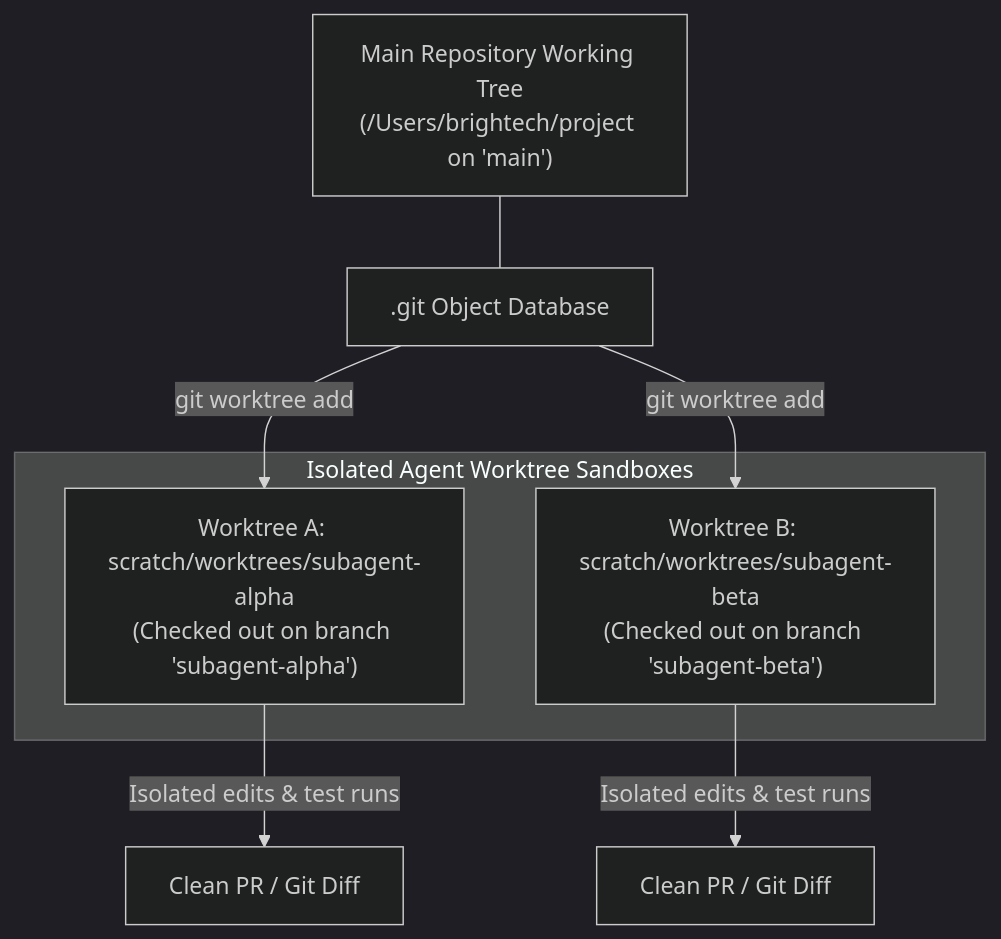
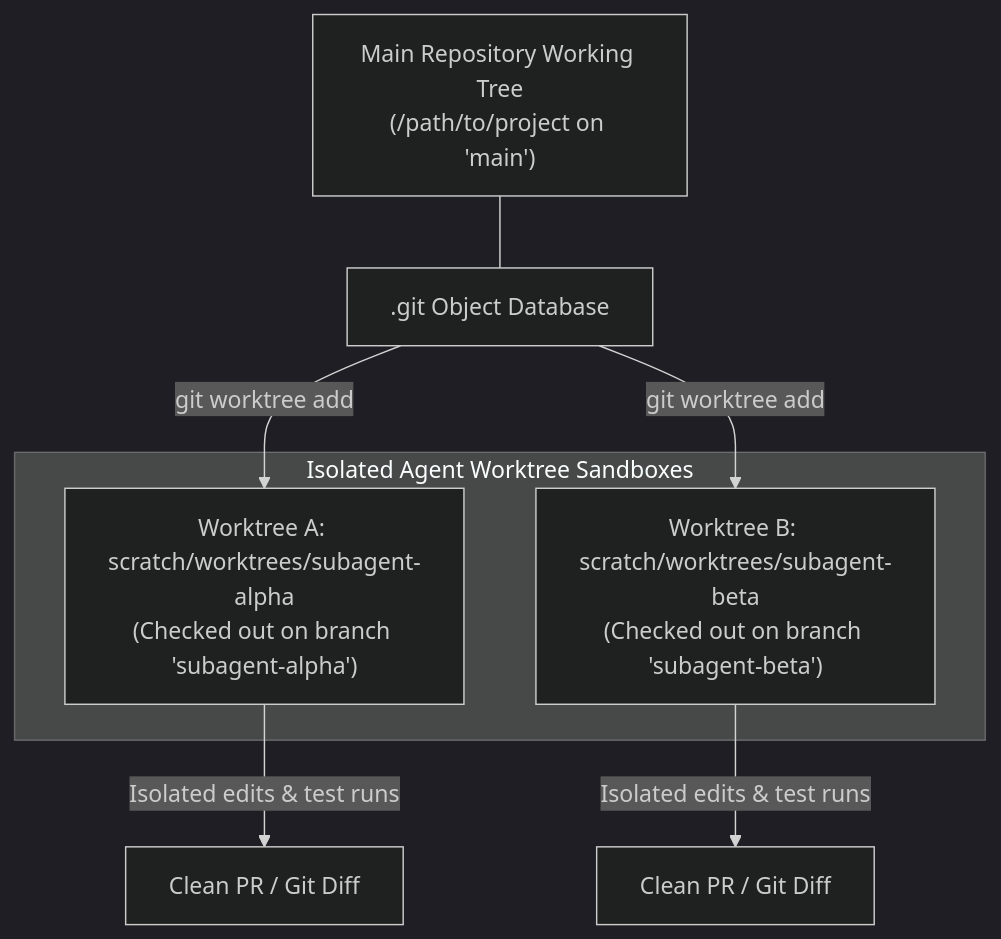
Before and after one commit to knarayanareddy/Harness-Zero: the diagram in docs/05_EXECUTION_SANDBOX_AND_GIT_WORKTREES.md, drawn with Mermaid (dark theme). The commit also changed 23 other files, not shown here.

````diff
--- a/docs/05_EXECUTION_SANDBOX_AND_GIT_WORKTREES.md
+++ b/docs/05_EXECUTION_SANDBOX_AND_GIT_WORKTREES.md
@@ -15,17 +15,17 @@
 ```mermaid
 flowchart TD
-    MAIN_REPO["Main Repository Working Tree<br/>(/Users/brightech/project on 'main')"]
+    MAIN_REPO["Main Repository Working Tree<br/>(/path/to/project on 'main')"]
     GIT_DB[".git Object Database"]
 
     subgraph Worktrees ["Isolated Agent Worktree Sandboxes"]
         WT_A["Worktree A: scratch/worktrees/subagent-alpha<br/>(Checked out on branch 'subagent-alpha')"]
         WT_B["Worktree B: scratch/worktrees/subagent-beta<br/>(Checked out on branch 'subagent-beta')"]
     end
 
     MAIN_REPO --- GIT_DB
     GIT_DB -->|git worktree add| WT_A
     GIT_DB -->|git worktree add| WT_B
 
     WT_A -->|Isolated edits & test runs| DIFF_A["Clean PR / Git Diff"]
     WT_B -->|Isolated edits & test runs| DIFF_B["Clean PR / Git Diff"]
 ```
````
